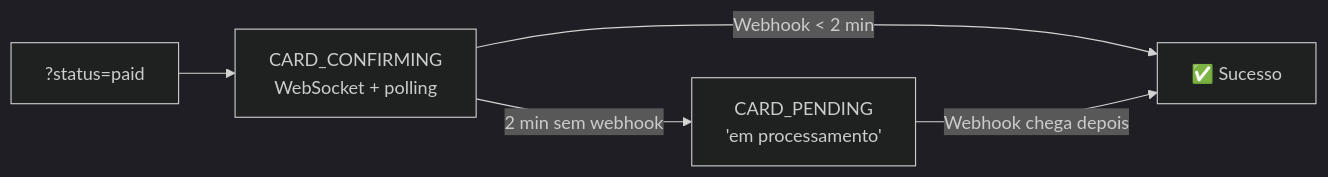
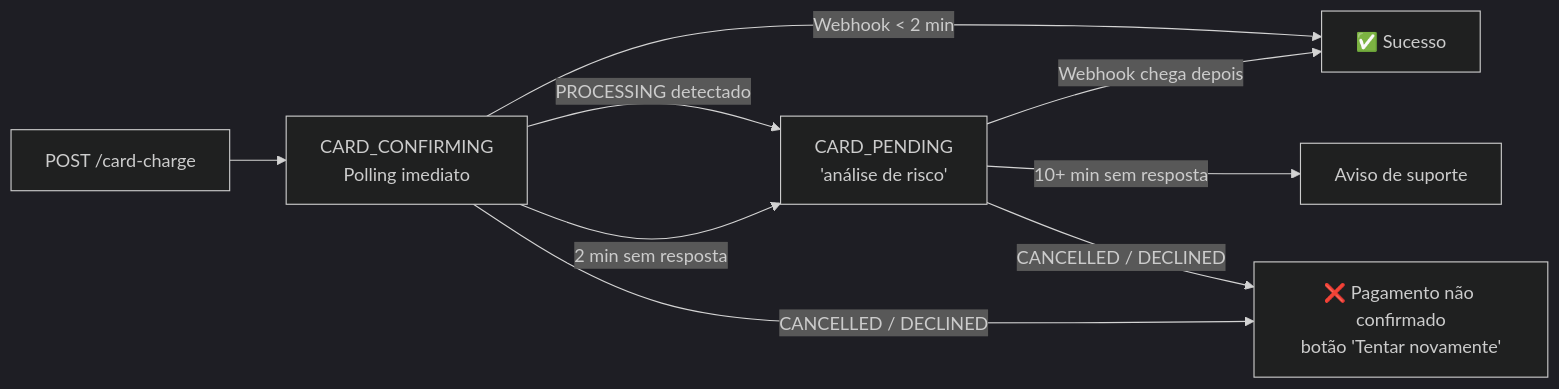
One commit to israelvcb/passogiro-mintlify-docs changed the fourth of 6 diagrams in sistema/fluxo-pagamento.mdx. Above: the diagram before and after it, drawn with Mermaid (dark theme). The commit also changed other lines of this file and 6 other files, not shown here.

````diff
--- a/sistema/fluxo-pagamento.mdx
+++ b/sistema/fluxo-pagamento.mdx
@@ -199,7 +186,11 @@
 ```mermaid
 flowchart LR
-  R["?status=paid"] --> C["CARD_CONFIRMING\nWebSocket + polling"]
-  C -->|"Webhook < 2 min"| S["✅ Sucesso"]
-  C -->|"2 min sem webhook"| P["CARD_PENDING\n'em processamento'"]
-  P -->|"Webhook chega depois"| S
+  C["POST /card-charge"] --> CF["CARD_CONFIRMING\nPolling imediato"]
+  CF -->|"Webhook < 2 min"| S["✅ Sucesso"]
+  CF -->|"PROCESSING detectado"| CP["CARD_PENDING\n'análise de risco'"]
+  CF -->|"2 min sem resposta"| CP
+  CP -->|"Webhook chega depois"| S
+  CP -->|"10+ min sem resposta"| M["Aviso de suporte"]
+  CF -->|"CANCELLED / DECLINED"| E["❌ Pagamento não confirmado\nbotão 'Tentar novamente'"]
+  CP -->|"CANCELLED / DECLINED"| E
 ```
````
